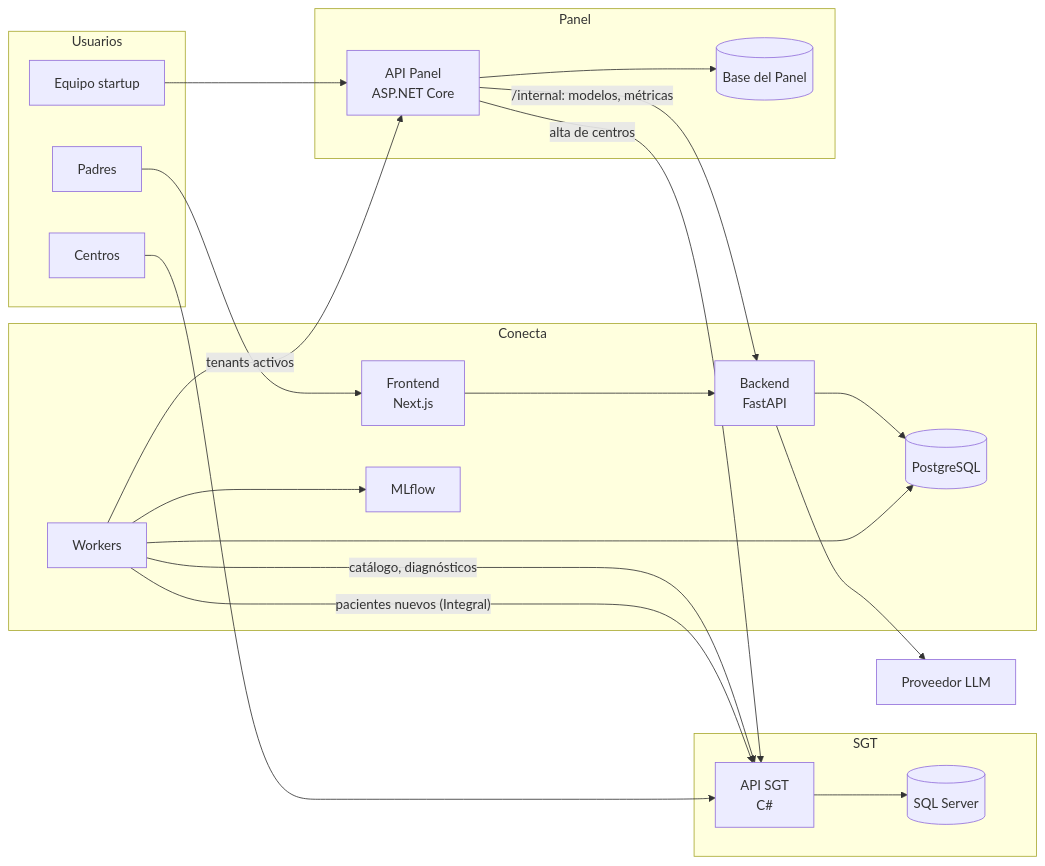
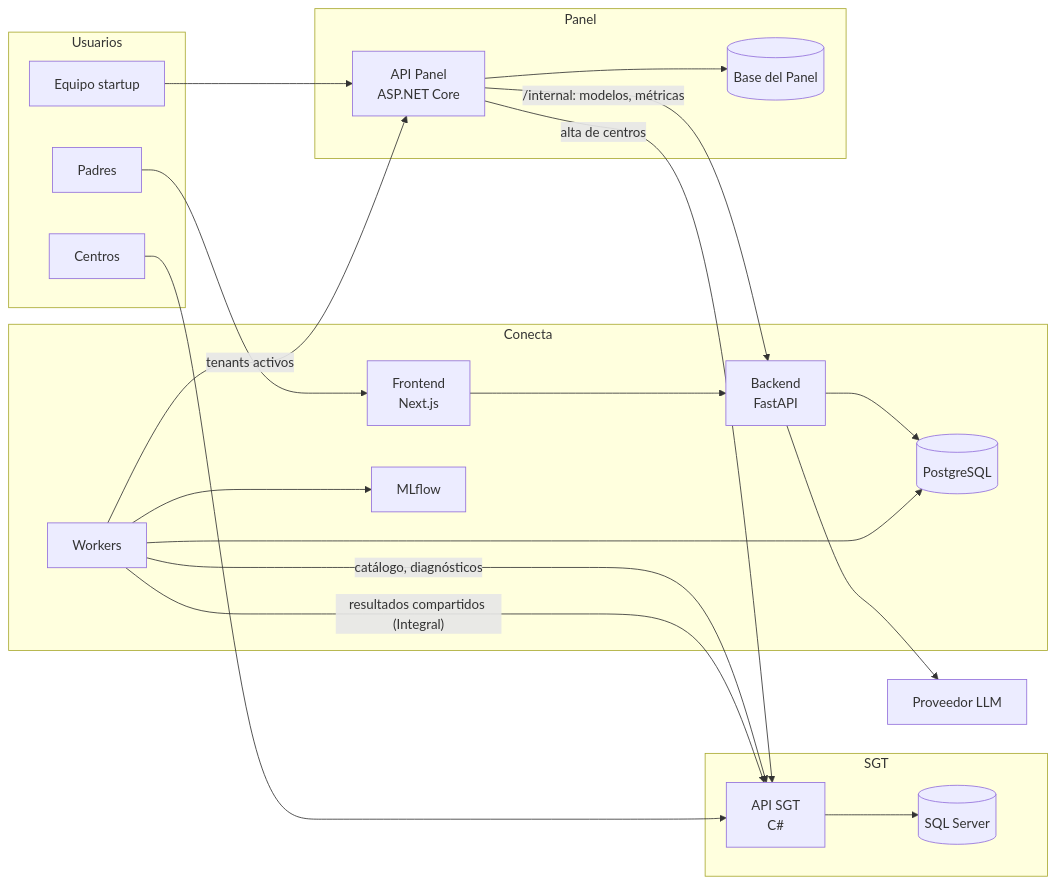
The first of 6 diagrams in docs/arquitectura_conecta.md (ErnestoSCL/neuroa-modelo-tamizaje), drawn with Mermaid before and after one commit. The commit also changed other lines of this file and 1 other file, not shown here.

First line of the commit message:
Record Conecta architecture decisions

````diff
--- a/docs/arquitectura_conecta.md
+++ b/docs/arquitectura_conecta.md
@@ -38,43 +38,43 @@
 ```mermaid
 flowchart LR
     subgraph Usuarios
         P["Padres"]
         C["Centros"]
         E["Equipo startup"]
     end
 
     subgraph Conecta
         WEB["Frontend<br>Next.js"]
         API["Backend<br>FastAPI"]
         WK["Workers"]
         PG[("PostgreSQL")]
         ML["MLflow"]
     end
 
     subgraph SGT
         SAPI["API SGT<br>C#"]
         SQL[("SQL Server")]
     end
 
     subgraph Panel
         PAPI["API Panel<br>ASP.NET Core"]
         PDB[("Base del Panel")]
     end
 
     LLM["Proveedor LLM"]
 
     P --> WEB --> API
     C --> SAPI
     E --> PAPI
     API --> PG
     WK --> PG
     API --> LLM
     WK -- "catálogo, diagnósticos" --> SAPI
-    WK -- "pacientes nuevos (Integral)" --> SAPI
+    WK -- "resultados compartidos (Integral)" --> SAPI
     WK -- "tenants activos" --> PAPI
     PAPI -- "/internal: modelos, métricas" --> API
     PAPI -- "alta de centros" --> SAPI
     SAPI --> SQL
     PAPI --> PDB
     WK --> ML
 ```
````
